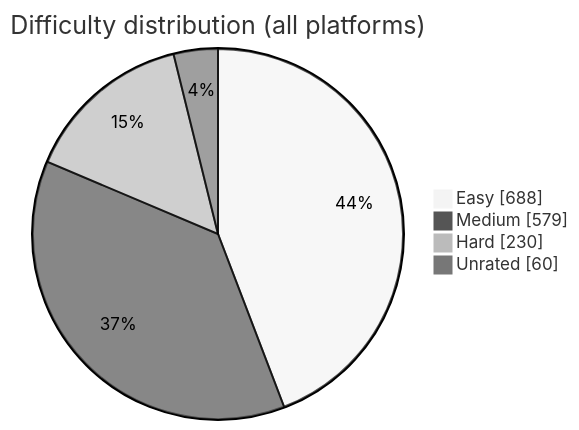
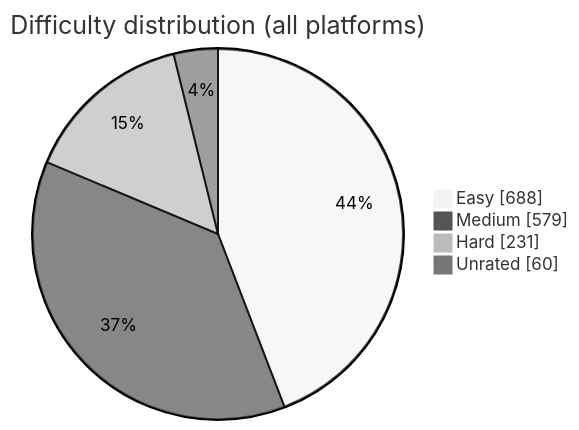
The diagram in README.md (BuildbyArindam/Daily-Coding-Log), drawn with Mermaid (neutral theme) before and after one commit. The commit also changed other lines of this file, not shown here.

````diff
--- a/README.md
+++ b/README.md
@@ -93,7 +93,7 @@
 ```mermaid
 pie showData title Difficulty distribution (all platforms)
     "Easy" : 688
     "Medium" : 579
-    "Hard" : 230
+    "Hard" : 231
     "Unrated" : 60
 ```
````
